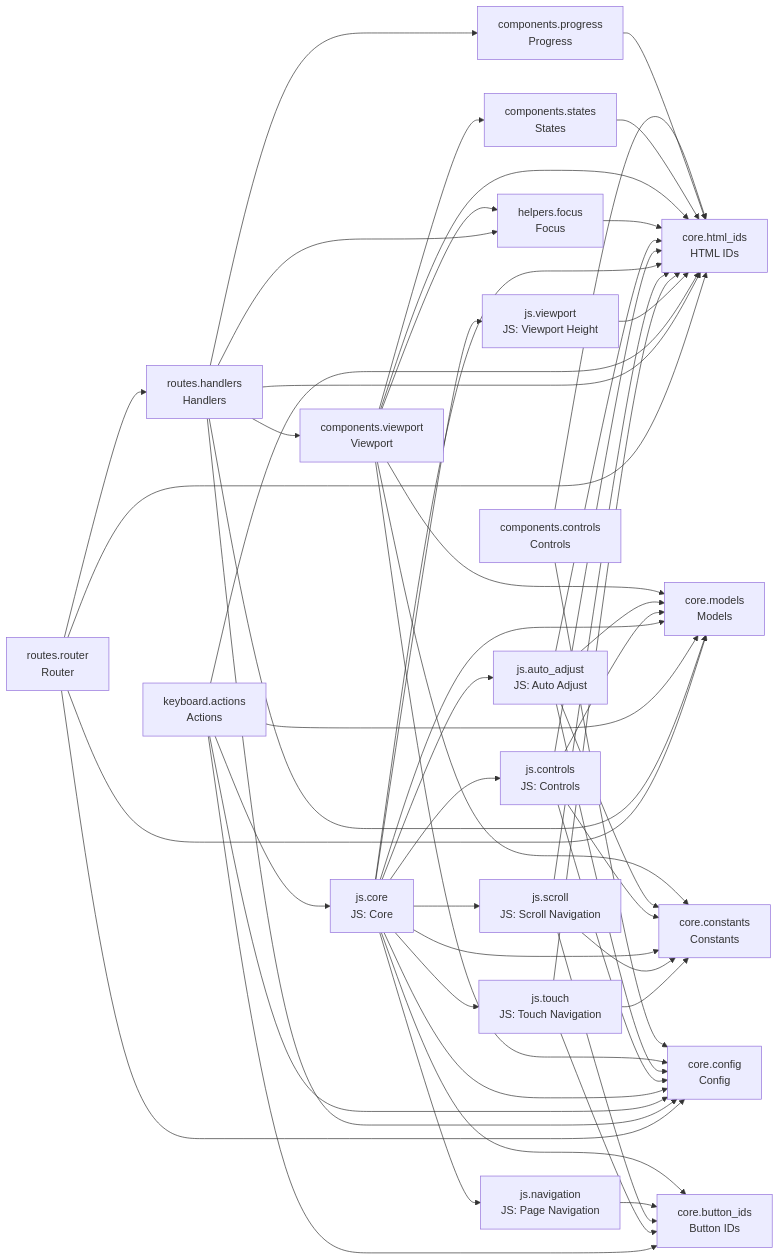
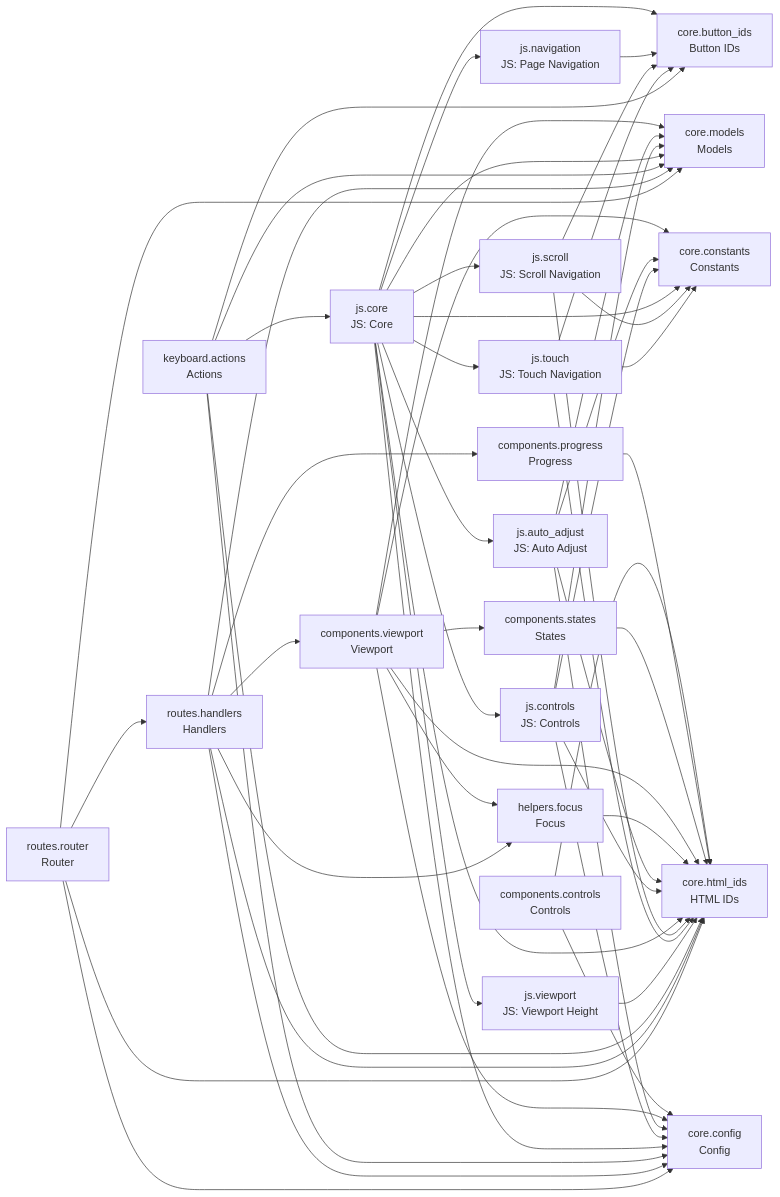
The diagram in README.md (cj-mills/cjm-fasthtml-card-stack), drawn with Mermaid before and after one commit. The commit also changed other lines of this file and 3 other files, not shown here.

````diff
--- a/README.md
+++ b/README.md
@@ -46,77 +46,77 @@
 ``` mermaid
 graph LR
     components_controls[components.controls<br/>Controls]
     components_progress[components.progress<br/>Progress]
     components_states[components.states<br/>States]
     components_viewport[components.viewport<br/>Viewport]
     core_button_ids[core.button_ids<br/>Button IDs]
     core_config[core.config<br/>Config]
     core_constants[core.constants<br/>Constants]
     core_html_ids[core.html_ids<br/>HTML IDs]
     core_models[core.models<br/>Models]
     helpers_focus[helpers.focus<br/>Focus]
     js_auto_adjust[js.auto_adjust<br/>JS: Auto Adjust]
     js_controls[js.controls<br/>JS: Controls]
     js_core[js.core<br/>JS: Core]
     js_navigation[js.navigation<br/>JS: Page Navigation]
     js_scroll[js.scroll<br/>JS: Scroll Navigation]
     js_touch[js.touch<br/>JS: Touch Navigation]
     js_viewport[js.viewport<br/>JS: Viewport Height]
     keyboard_actions[keyboard.actions<br/>Actions]
     routes_handlers[routes.handlers<br/>Handlers]
     routes_router[routes.router<br/>Router]
 
+    components_controls --> core_html_ids
     components_controls --> core_config
-    components_controls --> core_html_ids
     components_progress --> core_html_ids
     components_states --> core_html_ids
+    components_viewport --> core_html_ids
+    components_viewport --> core_config
     components_viewport --> core_models
     components_viewport --> core_constants
+    components_viewport --> components_states
     components_viewport --> helpers_focus
-    components_viewport --> components_states
-    components_viewport --> core_config
-    components_viewport --> core_html_ids
     helpers_focus --> core_html_ids
+    js_auto_adjust --> core_config
     js_auto_adjust --> core_constants
-    js_auto_adjust --> core_config
+    js_auto_adjust --> core_models
     js_auto_adjust --> core_html_ids
-    js_auto_adjust --> core_models
+    js_controls --> core_config
     js_controls --> core_constants
-    js_controls --> core_config
+    js_controls --> core_models
     js_controls --> core_html_ids
-    js_controls --> core_models
+    js_core --> core_constants
+    js_core --> js_auto_adjust
+    js_core --> js_touch
+    js_core --> js_navigation
+    js_core --> core_html_ids
+    js_core --> core_button_ids
     js_core --> js_controls
-    js_core --> core_constants
+    js_core --> core_config
     js_core --> core_models
+    js_core --> js_viewport
     js_core --> js_scroll
-    js_core --> js_navigation
-    js_core --> js_auto_adjust
-    js_core --> core_button_ids
-    js_core --> core_config
-    js_core --> js_touch
-    js_core --> core_html_ids
-    js_core --> js_viewport
     js_navigation --> core_button_ids
     js_scroll --> core_constants
     js_scroll --> core_html_ids
     js_scroll --> core_button_ids
+    js_touch --> core_constants
     js_touch --> core_html_ids
     js_touch --> core_button_ids
-    js_touch --> core_constants
     js_viewport --> core_html_ids
+    keyboard_actions --> core_html_ids
+    keyboard_actions --> core_button_ids
+    keyboard_actions --> core_config
+    keyboard_actions --> js_core
     keyboard_actions --> core_models
-    keyboard_actions --> core_button_ids
-    keyboard_actions --> js_core
-    keyboard_actions --> core_config
-    keyboard_actions --> core_html_ids
+    routes_handlers --> core_html_ids
+    routes_handlers --> core_config
+    routes_handlers --> components_viewport
+    routes_handlers --> components_progress
+    routes_handlers --> core_models
     routes_handlers --> helpers_focus
-    routes_handlers --> core_models
-    routes_handlers --> components_viewport
-    routes_handlers --> core_config
-    routes_handlers --> components_progress
-    routes_handlers --> core_html_ids
+    routes_router --> core_html_ids
+    routes_router --> core_config
     routes_router --> routes_handlers
     routes_router --> core_models
-    routes_router --> core_config
-    routes_router --> core_html_ids
 ```
````
